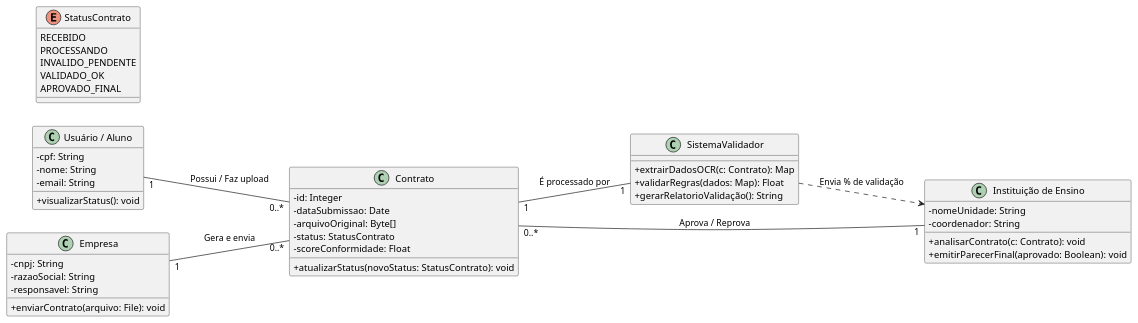
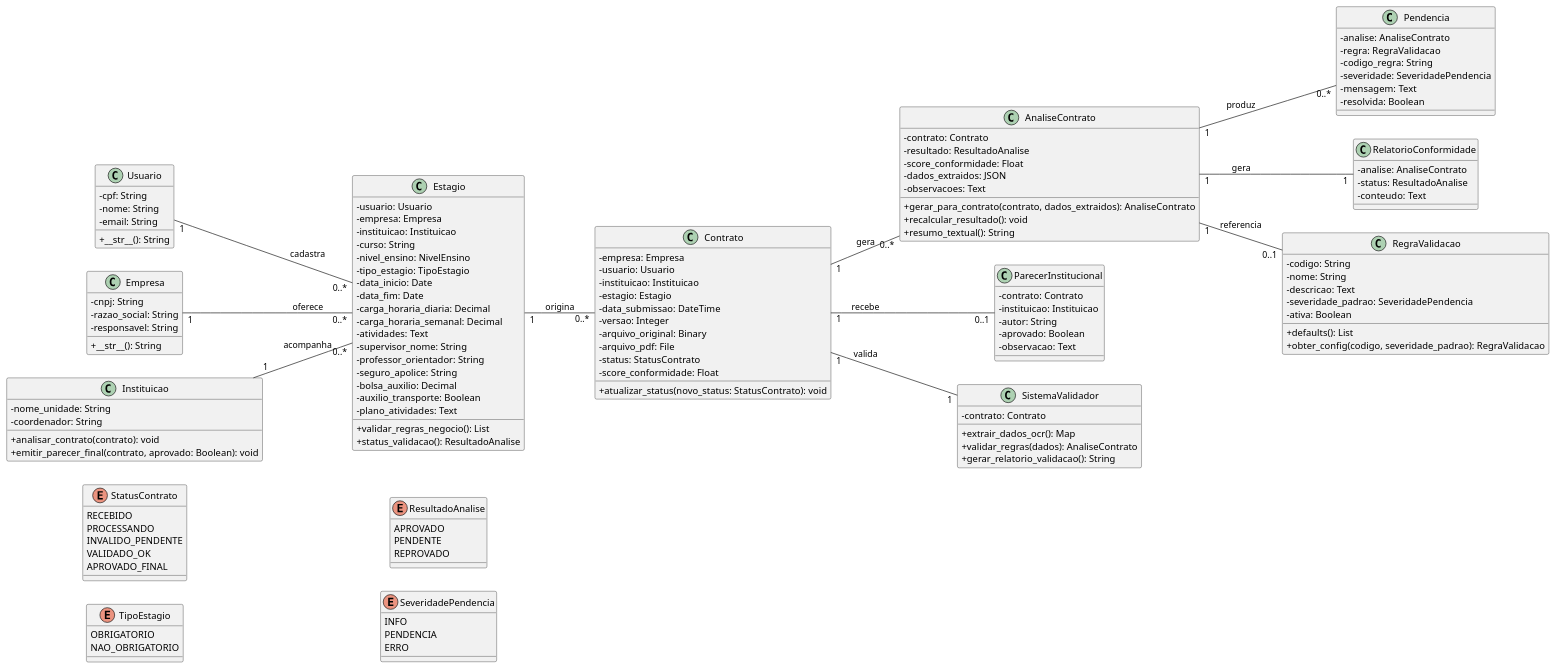
The diagram in docs/Elaboracao/diagrama_de_classes.md (Projetos-de-Extensao/PBE_26.1_8001_III), drawn with PlantUML before and after one commit. The commit also changed 5 other files, not shown here.

````diff
--- a/docs/Elaboracao/diagrama_de_classes.md
+++ b/docs/Elaboracao/diagrama_de_classes.md
@@ -12,41 +12,112 @@
 skinparam classAttributeIconSize 0
 left to right direction
 
-' Classes Principais
-class "Usuário / Aluno" as Usuario {
+class Usuario {
   - cpf: String
   - nome: String
   - email: String
-  + visualizarStatus(): void
+  + __str__(): String
 }
 
 class Empresa {
   - cnpj: String
-  - razaoSocial: String
+  - razao_social: String
   - responsavel: String
-  + enviarContrato(arquivo: File): void
+  + __str__(): String
+}
+
+class Instituicao {
+  - nome_unidade: String
+  - coordenador: String
+  + analisar_contrato(contrato): void
+  + emitir_parecer_final(contrato, aprovado: Boolean): void
+}
+
+class Estagio {
+  - usuario: Usuario
+  - empresa: Empresa
+  - instituicao: Instituicao
+  - curso: String
+  - nivel_ensino: NivelEnsino
+  - tipo_estagio: TipoEstagio
+  - data_inicio: Date
+  - data_fim: Date
+  - carga_horaria_diaria: Decimal
+  - carga_horaria_semanal: Decimal
+  - atividades: Text
+  - supervisor_nome: String
+  - professor_orientador: String
+  - seguro_apolice: String
+  - bolsa_auxilio: Decimal
+  - auxilio_transporte: Boolean
+  - plano_atividades: Text
+  + validar_regras_negocio(): List
+  + status_validacao(): ResultadoAnalise
 }
 
 class Contrato {
-  - id: Integer
-  - dataSubmissao: Date
-  - arquivoOriginal: Byte[]
+  - empresa: Empresa
+  - usuario: Usuario
+  - instituicao: Instituicao
+  - estagio: Estagio
+  - data_submissao: DateTime
+  - versao: Integer
+  - arquivo_original: Binary
+  - arquivo_pdf: File
   - status: StatusContrato
-  - scoreConformidade: Float
-  + atualizarStatus(novoStatus: StatusContrato): void
+  - score_conformidade: Float
+  + atualizar_status(novo_status: StatusContrato): void
+}
+
+class AnaliseContrato {
+  - contrato: Contrato
+  - resultado: ResultadoAnalise
+  - score_conformidade: Float
+  - dados_extraidos: JSON
+  - observacoes: Text
+  + gerar_para_contrato(contrato, dados_extraidos): AnaliseContrato
+  + recalcular_resultado(): void
+  + resumo_textual(): String
+}
+
+class Pendencia {
+  - analise: AnaliseContrato
+  - regra: RegraValidacao
+  - codigo_regra: String
+  - severidade: SeveridadePendencia
+  - mensagem: Text
+  - resolvida: Boolean
+}
+
+class RelatorioConformidade {
+  - analise: AnaliseContrato
+  - status: ResultadoAnalise
+  - conteudo: Text
+}
+
+class ParecerInstitucional {
+  - contrato: Contrato
+  - instituicao: Instituicao
+  - autor: String
+  - aprovado: Boolean
+  - observacao: Text
+}
+
+class RegraValidacao {
+  - codigo: String
+  - nome: String
+  - descricao: Text
+  - severidade_padrao: SeveridadePendencia
+  - ativa: Boolean
+  + defaults(): List
+  + obter_config(codigo, severidade_padrao): RegraValidacao
 }
 
 class SistemaValidador {
-  + extrairDadosOCR(c: Contrato): Map
-  + validarRegras(dados: Map): Float
-  + gerarRelatorioValidação(): String
-}
-
-class "Instituição de Ensino" as Instituicao {
-  - nomeUnidade: String
-  - coordenador: String
-  + analisarContrato(c: Contrato): void
-  + emitirParecerFinal(aprovado: Boolean): void
+  - contrato: Contrato
+  + extrair_dados_ocr(): Map
+  + validar_regras(dados): AnaliseContrato
+  + gerar_relatorio_validacao(): String
 }
 
 enum StatusContrato {
@@ -57,12 +128,33 @@
   APROVADO_FINAL
 }
 
-' Relacionamentos
-Empresa "1" -- "0..*" Contrato : "Gera e envia"
-Usuario "1" -- "0..*" Contrato : "Possui / Faz upload"
-Contrato "1" -- "1" SistemaValidador : "É processado por"
-SistemaValidador ..> Instituicao : "Envia % de validação"
-Instituicao "1" -- "0..*" Contrato : "Aprova / Reprova"
+enum TipoEstagio {
+  OBRIGATORIO
+  NAO_OBRIGATORIO
+}
+
+enum ResultadoAnalise {
+  APROVADO
+  PENDENTE
+  REPROVADO
+}
+
+enum SeveridadePendencia {
+  INFO
+  PENDENCIA
+  ERRO
+}
+
+Usuario "1" -- "0..*" Estagio : "cadastra"
+Empresa "1" -- "0..*" Estagio : "oferece"
+Instituicao "1" -- "0..*" Estagio : "acompanha"
+Estagio "1" -- "0..*" Contrato : "origina"
+Contrato "1" -- "0..*" AnaliseContrato : "gera"
+AnaliseContrato "1" -- "0..*" Pendencia : "produz"
+AnaliseContrato "1" -- "1" RelatorioConformidade : "gera"
+Contrato "1" -- "0..1" ParecerInstitucional : "recebe"
+Contrato "1" -- "1" SistemaValidador : "valida"
+AnaliseContrato "1" -- "0..1" RegraValidacao : "referencia"
 
 @enduml
 ```
````
